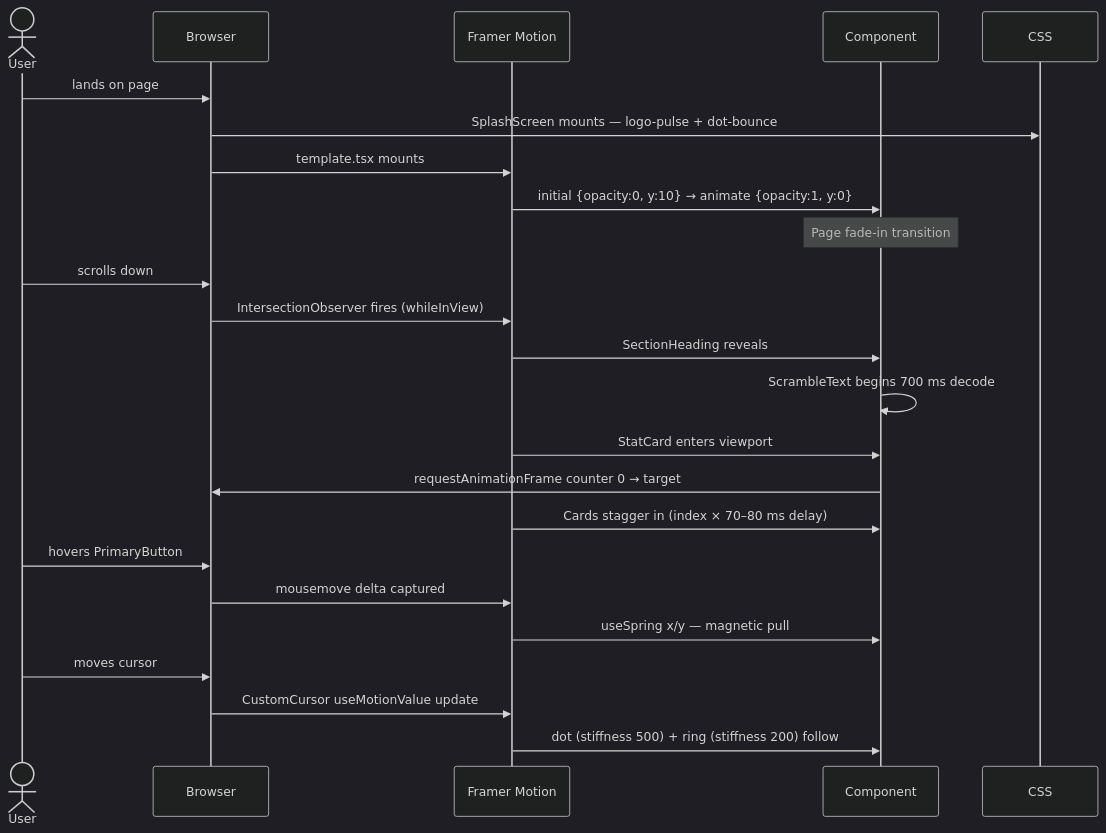
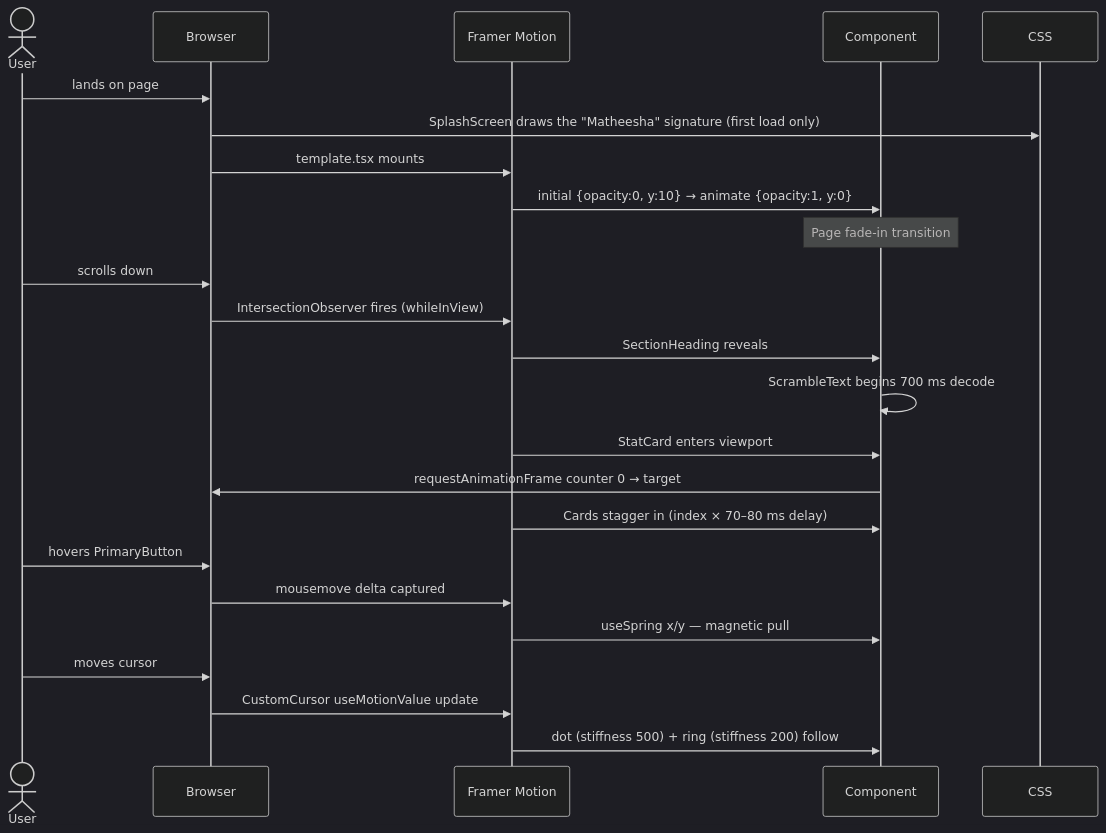
One commit to Aakashwije/Matheesha_portfolio changed the fourth of 7 diagrams in README.md. Above: the diagram before and after it, drawn with Mermaid (dark theme). The commit also changed 3 other files, not shown here.

First line of the commit message:
Add signature splash screen on page load

````diff
--- a/README.md
+++ b/README.md
@@ -307,30 +307,30 @@
 ```mermaid
 sequenceDiagram
   actor User
   participant Browser
   participant FramerMotion as Framer Motion
   participant Component
   participant CSS
 
   User->>Browser: lands on page
-  Browser->>CSS: SplashScreen mounts — logo-pulse + dot-bounce
+  Browser->>CSS: SplashScreen draws the "Matheesha" signature (first load only)
   Browser->>FramerMotion: template.tsx mounts
   FramerMotion->>Component: initial {opacity:0, y:10} → animate {opacity:1, y:0}
   Note over Component: Page fade-in transition
 
   User->>Browser: scrolls down
   Browser->>FramerMotion: IntersectionObserver fires (whileInView)
   FramerMotion->>Component: SectionHeading reveals
   Component->>Component: ScrambleText begins 700 ms decode
   FramerMotion->>Component: StatCard enters viewport
   Component->>Browser: requestAnimationFrame counter 0 → target
   FramerMotion->>Component: Cards stagger in (index × 70–80 ms delay)
 
   User->>Browser: hovers PrimaryButton
   Browser->>FramerMotion: mousemove delta captured
   FramerMotion->>Component: useSpring x/y — magnetic pull
 
   User->>Browser: moves cursor
   Browser->>FramerMotion: CustomCursor useMotionValue update
   FramerMotion->>Component: dot (stiffness 500) + ring (stiffness 200) follow
 ```
````
